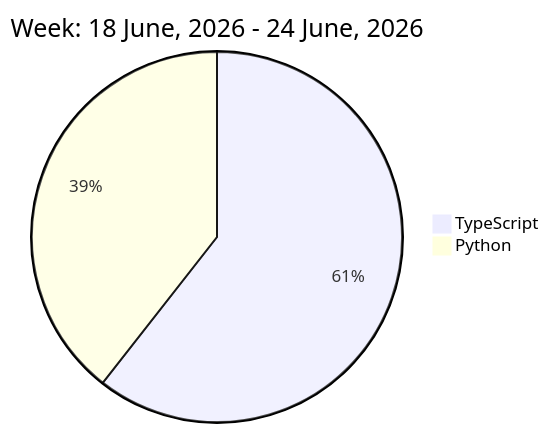
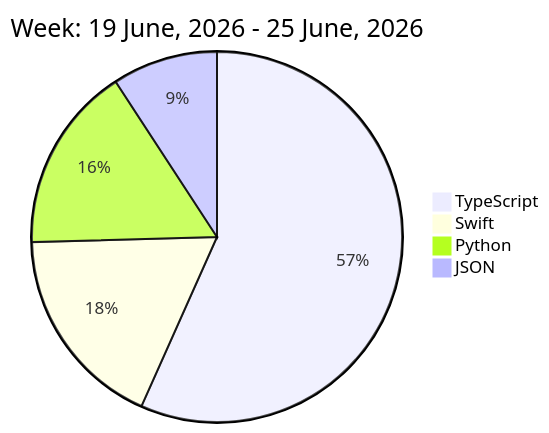
The diagram in README.md (liubin95/liubin95), drawn with Mermaid before and after one commit.

Commit message:
Updated the Graph with new Metrics

````diff
--- a/README.md
+++ b/README.md
@@ -32,6 +32,8 @@
 ```mermaid
  pie
-title Week: 18 June, 2026 - 24 June, 2026
- "TypeScript" : 9.25
- "Python" : 6.02
+title Week: 19 June, 2026 - 25 June, 2026
+ "TypeScript" : 9.67
+ "Swift" : 3.05
+ "Python" : 2.77
+ "JSON" : 1.57
 ```
````
